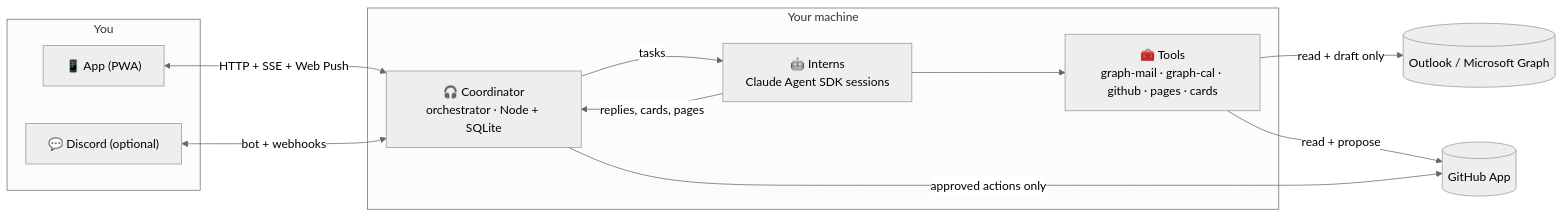
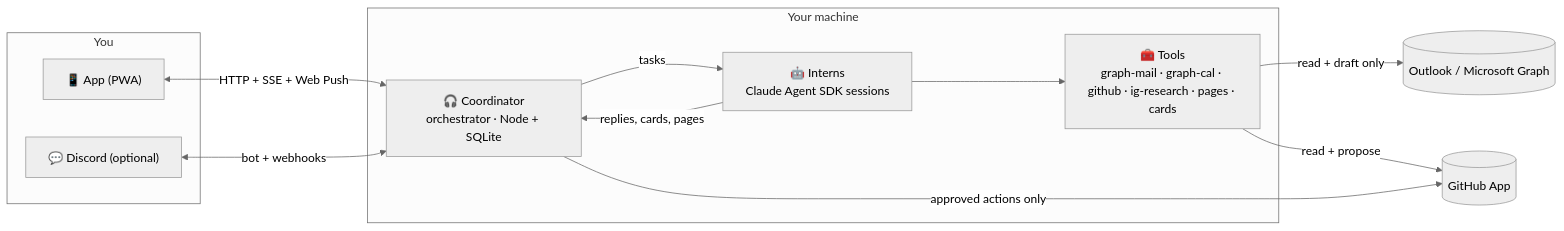
The diagram in README.md (jpdlr/interns), drawn with Mermaid (neutral theme) before and after one commit. The commit also changed other lines of this file and 23 other files, not shown here.

````diff
--- a/README.md
+++ b/README.md
@@ -71,23 +71,23 @@
 ```mermaid
 flowchart LR
   subgraph You
     App["📱 App (PWA)"]
     Discord["💬 Discord (optional)"]
   end
   subgraph Box["Your machine"]
     Coord["🎧 Coordinator<br/>orchestrator · Node + SQLite"]
     Interns["🤖 Interns<br/>Claude Agent SDK sessions"]
-    Tools["🧰 Tools<br/>graph-mail · graph-cal · github · pages · cards"]
+    Tools["🧰 Tools<br/>graph-mail · graph-cal · github · ig-research · pages · cards"]
   end
   Outlook[("Outlook / Microsoft Graph")]
   GitHub[("GitHub App")]
 
   App <-- "HTTP + SSE + Web Push" --> Coord
   Discord <-- "bot + webhooks" --> Coord
   Coord -- "tasks" --> Interns
   Interns -- "replies, cards, pages" --> Coord
   Interns --> Tools
   Tools -- "read + draft only" --> Outlook
   Tools -- "read + propose" --> GitHub
   Coord -- "approved actions only" --> GitHub
 ```
````
